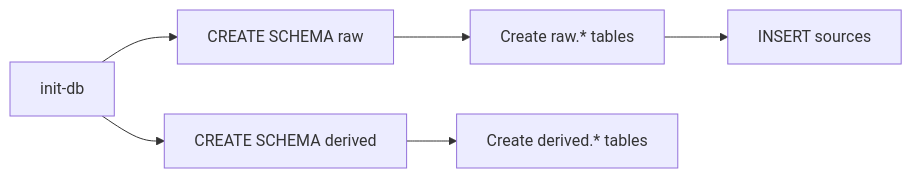
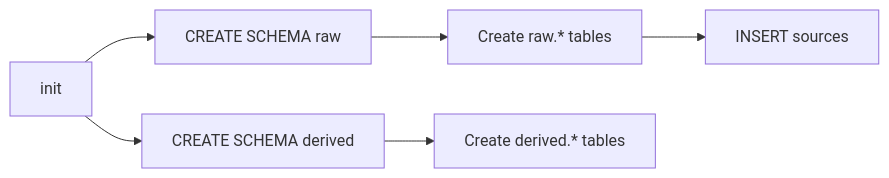
The first of 3 diagrams in docs/cli.md (dmarx/chat2obs), drawn with Mermaid before and after one commit. The commit also changed other lines of this file and 7 other files, not shown here.

````diff
--- a/docs/cli.md
+++ b/docs/cli.md
@@ -69,8 +69,8 @@
 ```mermaid
 flowchart LR
-    InitDB["init-db"] --> CreateRaw["CREATE SCHEMA raw"]
-    InitDB --> CreateDerived["CREATE SCHEMA derived"]
+    Init["init"] --> CreateRaw["CREATE SCHEMA raw"]
+    Init --> CreateDerived["CREATE SCHEMA derived"]
     CreateRaw --> RawTables["Create raw.* tables"]
     CreateDerived --> DerivedTables["Create derived.* tables"]
     RawTables --> InsertSources["INSERT sources"]
 ```
````
